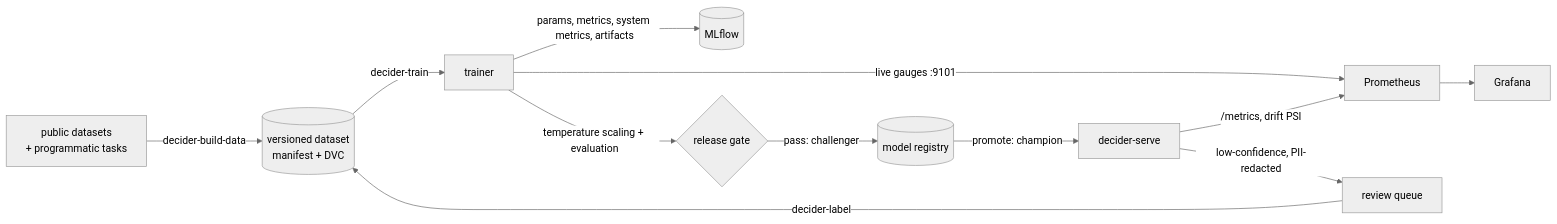
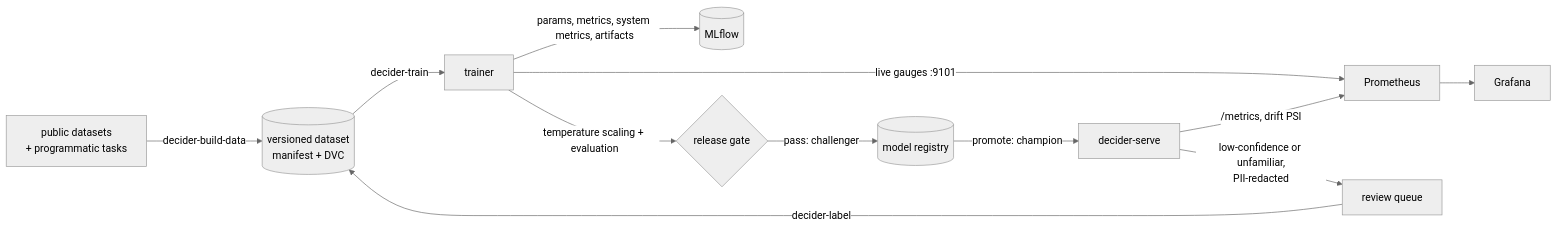
Before and after one commit to Zayan-droid/Jev: the diagram in README.md, drawn with Mermaid (neutral theme). The commit also changed other lines of this file and 7 other files, not shown here.

````diff
--- a/README.md
+++ b/README.md
@@ -194,13 +227,13 @@
 ```mermaid
 flowchart LR
   src[public datasets<br/>+ programmatic tasks] -->|decider-build-data| data[(versioned dataset<br/>manifest + DVC)]
   data -->|decider-train| train[trainer]
   train -->|params, metrics, system metrics, artifacts| mlflow[(MLflow)]
   train -->|live gauges :9101| prom[Prometheus] --> grafana[Grafana]
   train -->|temperature scaling + evaluation| gate{release gate}
   gate -->|pass: challenger| registry[(model registry)]
   registry -->|promote: champion| serve[decider-serve]
   serve -->|/metrics, drift PSI| prom
-  serve -->|low-confidence, PII-redacted| queue[review queue]
+  serve -->|low-confidence or unfamiliar,<br/>PII-redacted| queue[review queue]
   queue -->|decider-label| data
 ```
````
